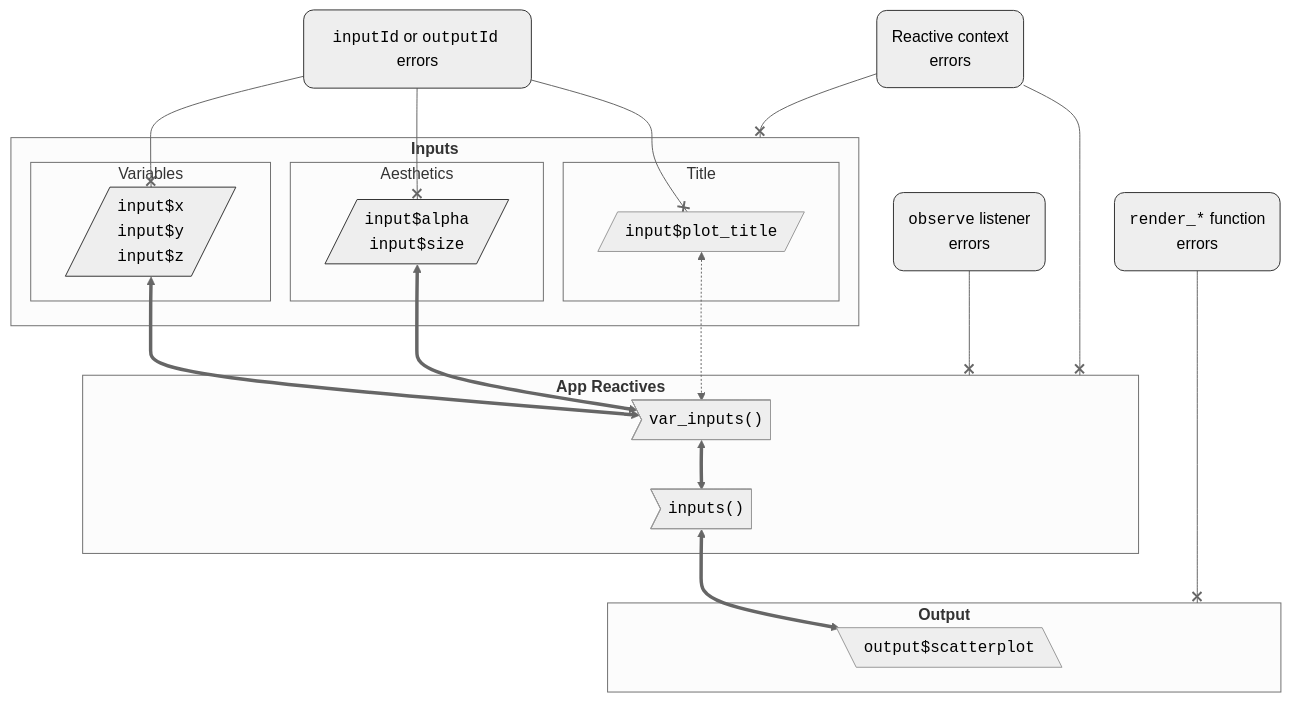
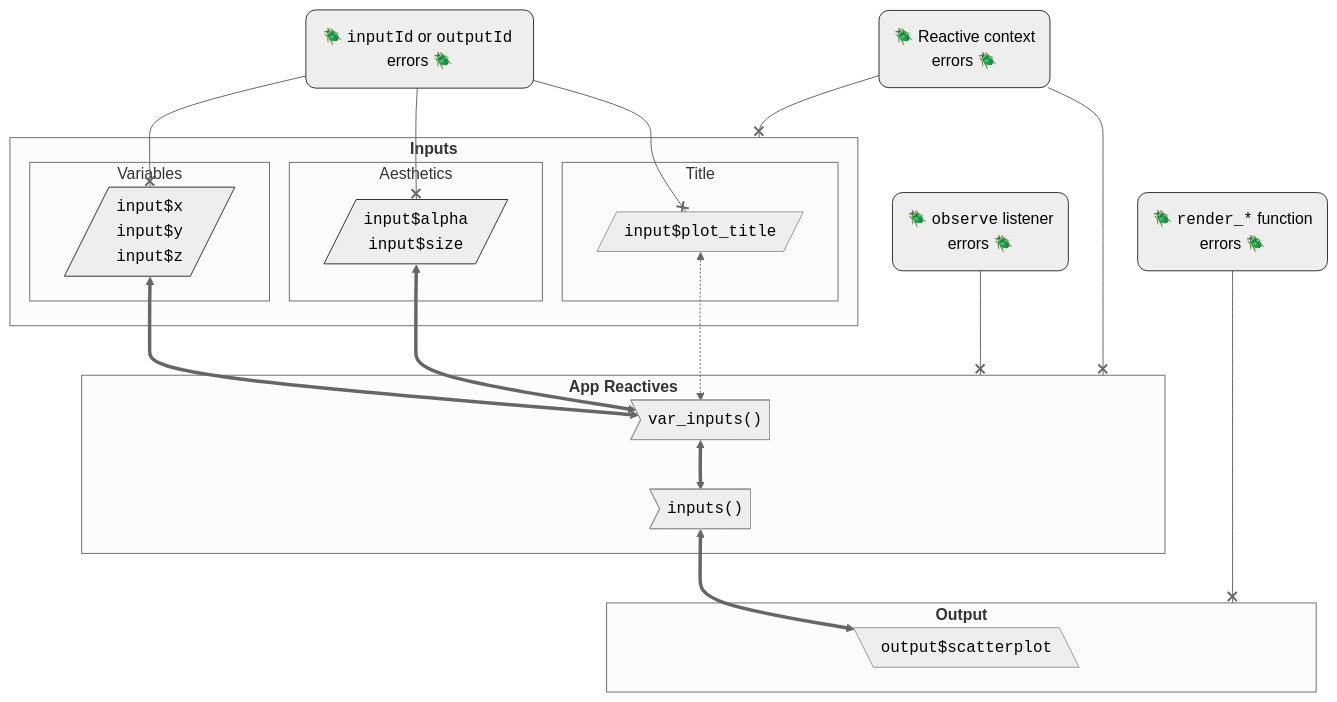
One commit to mjfrigaard/shiny-app-pkgs changed the second of 2 diagrams in debug.qmd. Above: the diagram before and after it, drawn with Mermaid. The commit also changed other lines of this file and 10 other files, not shown here.

````diff
--- a/debug.qmd
+++ b/debug.qmd
@@ -254,40 +261,40 @@
 ```{mermaid}
 %%| fig-cap: '*Possible locations of bugs in a reactive model*'
 %%| fig-align: center
 %%{init: {'theme': 'neutral', 'themeVariables': { 'fontFamily': 'monospace', "fontSize":"16px"}}}%%
 flowchart TD
     subgraph Inputs["<strong>Inputs</strong>"]
         subgraph Variables["Variables"]
         var_input[/"<code>input$x</code><br><code>input$y</code><br><code>input$z</code>"/]
         end
         subgraph Aesthetics["Aesthetics"]
         aes_input[/"<code>input$alpha</code><br><code>input$size</code>"/]
         end
         subgraph Title["Title"]
         plot_title[/"<code>input$plot_title</code>"/]
         end
     end
-    IDs("<code>inputId</code> or <code>outputId</code> errors") --x var_input & aes_input & plot_title
+    IDs("🪲 <code>inputId</code> or <code>outputId</code> errors 🪲") --x var_input & aes_input & plot_title
     subgraph React["<strong>App Reactives</strong>"]
         var_inputs>"<code>var_inputs()</code> "]
         inputs>"<code>inputs()</code>"]
     end
-    Obs("<code>observe</code> listener<br>errors") --x React
-    Rxt("Reactive context<br>errors") --x Inputs & React
+    Obs("🪲 <code>observe</code> listener<br>errors 🪲") --x React
+    Rxt("🪲 Reactive context<br>errors 🪲") --x Inputs & React
     subgraph Output["<strong>Output</strong>"]
         output[\"<code>output$scatterplot</code>"\]
     end
-    Rend("<code>render_*</code> function<br>errors") ----x Output
+    Rend("🪲 <code>render_*</code> function<br>errors 🪲") ----x Output
 
     var_input & aes_input <==> var_inputs 
     plot_title <-.-> var_inputs 
     var_inputs <==> inputs
     inputs <==> output
     
     style var_input stroke:#333,stroke-width:1px,rx:5,ry:5 
     style aes_input stroke:#333,stroke-width:1px,rx:5,ry:5
     style IDs stroke:#333,stroke-width:1px,rx:10,ry:10
     style Obs stroke:#333,stroke-width:1px,rx:10,ry:10
     style Rend stroke:#333,stroke-width:1px,rx:10,ry:10
     style Rxt stroke:#333,stroke-width:1px,rx:10,ry:10
 ```
````
